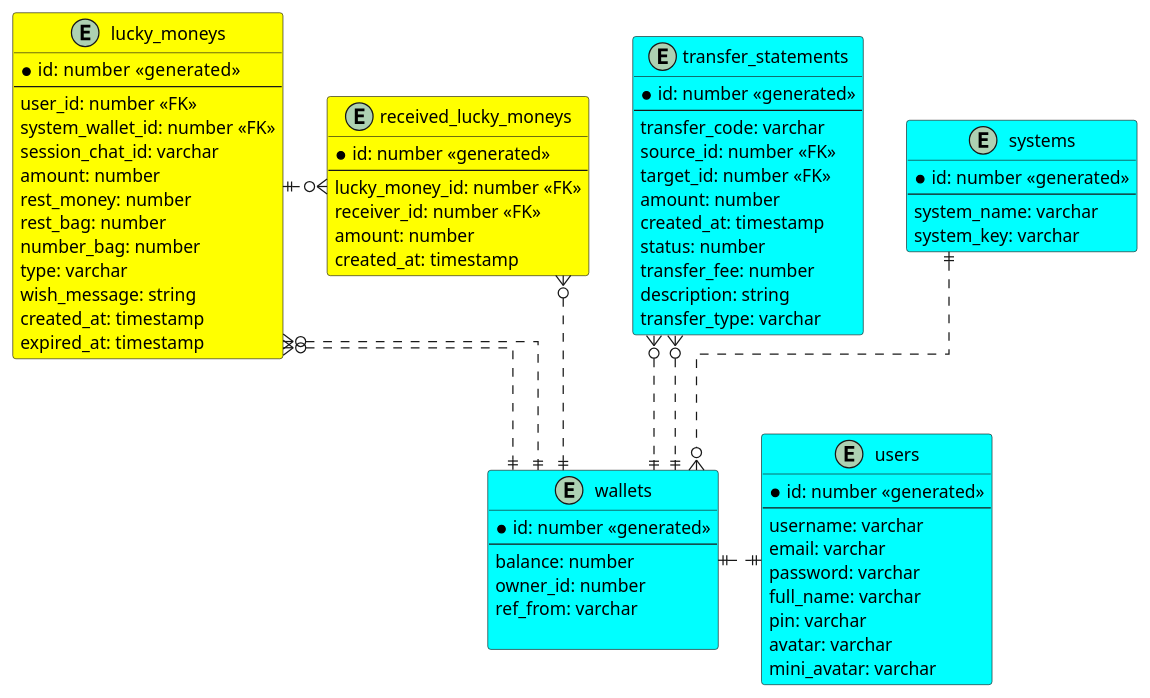
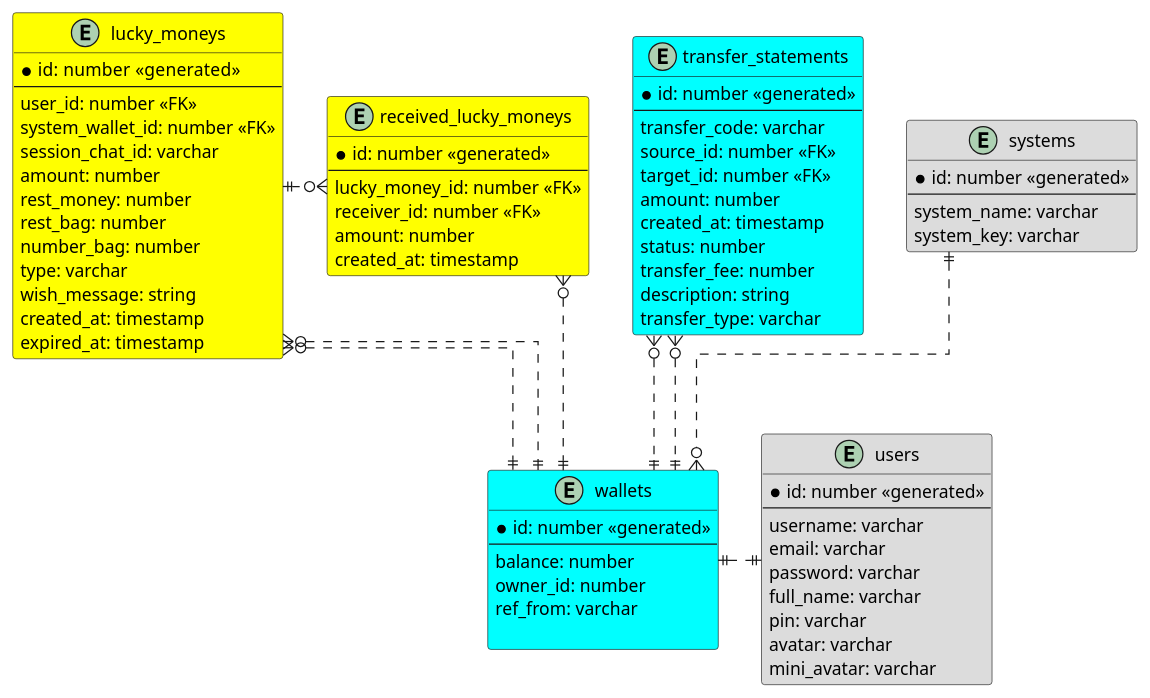
Before and after one commit to ntan1902/hey-app: the diagram in documents/uml/system design/database_diagram.puml, drawn with PlantUML. The commit also changed 34 other files, not shown here.

Commit message:
Sequence diagram.

```diff
--- a/documents/uml/system design/database_diagram.puml
+++ b/documents/uml/system design/database_diagram.puml
@@ -2,105 +2,94 @@
 @startuml
 
 ' hide the spot
 ' hide circle
 
 ' avoid problems with angled crows feet
 skinparam linetype ortho
 
-entity "users" as users #Aqua{
+entity "users" as users #Gainsboro{
     *id: number <<generated>>
     --
     username: varchar
     email: varchar
     password: varchar
     full_name: varchar
     pin: varchar
     avatar: varchar
     mini_avatar: varchar
 }
 
-' LuckyMoney system: 
-' - system_name: LuckyMoney
-' - system_key: 
-' ----> Request Auth system -> JWToken system 
-' LuckyMoney vS Payment 
-' LuckyMoney ----> Request Auth system -> JWToken system
-' LuckyMoney dùng JWToken vừa có để request danh sách  wallets của nó
-' sử dụng list wallets này ntn thì tuỳ nó 
 
-' LuckyMoney request lên payment chuyển tiền. Tới... với cái
-' wallet id nào của nó  
-
-entity "systems" #Aqua{
+entity "systems" #Gainsboro{
     *id: number <<generated>>
     --
     system_name: varchar
     system_key: varchar
 }
 
 
 entity "wallets" as wallets #Aqua{
     *id: number <<generated>>
     --
     balance: number    
     owner_id: number
     ref_from: varchar
     
 }
 
 entity "transfer_statements" as transfer_statements #Aqua {
     *id: number <<generated>>
     --
     transfer_code: varchar
     source_id: number <<FK>>
     target_id: number <<FK>>
     amount: number
     created_at: timestamp
     status: number
     transfer_fee: number
     description: string
     transfer_type: varchar
 }
 
 entity "lucky_moneys" as lucky_moneys #Yellow{
     *id: number  <<generated>>
     --
     user_id: number <<FK>>
     system_wallet_id: number <<FK>>
     session_chat_id: varchar
     amount: number
     rest_money: number
     rest_bag: number
     number_bag: number
     type: varchar
     wish_message: string
     created_at: timestamp
     expired_at: timestamp
 }
 
 entity "received_lucky_moneys" as received_luckey_moneys #Yellow{
     *id: number <<generated>>
     --
     lucky_money_id: number <<FK>>
     receiver_id: number <<FK>>
     amount: number
     created_at: timestamp
 }
 
 wallets ||.up.o{ transfer_statements
 wallets ||.up.o{ transfer_statements
 
 wallets ||.up.o{ lucky_moneys
 wallets ||.up.o{ lucky_moneys
 
 wallets ||.up.o{ received_luckey_moneys
 
 users ||.left.|| wallets
 
 systems ||..o{ wallets
 
 
 lucky_moneys ||.right.o{ received_luckey_moneys
 
 
 @enduml
```
